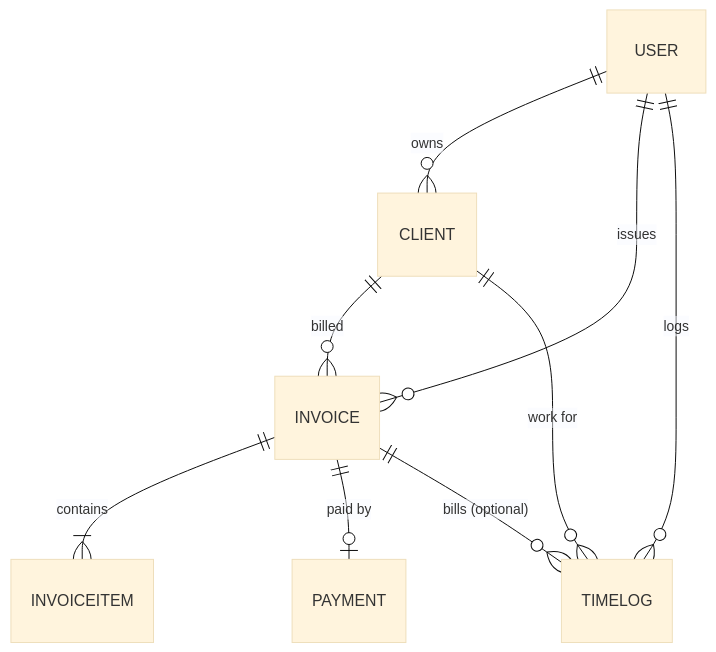
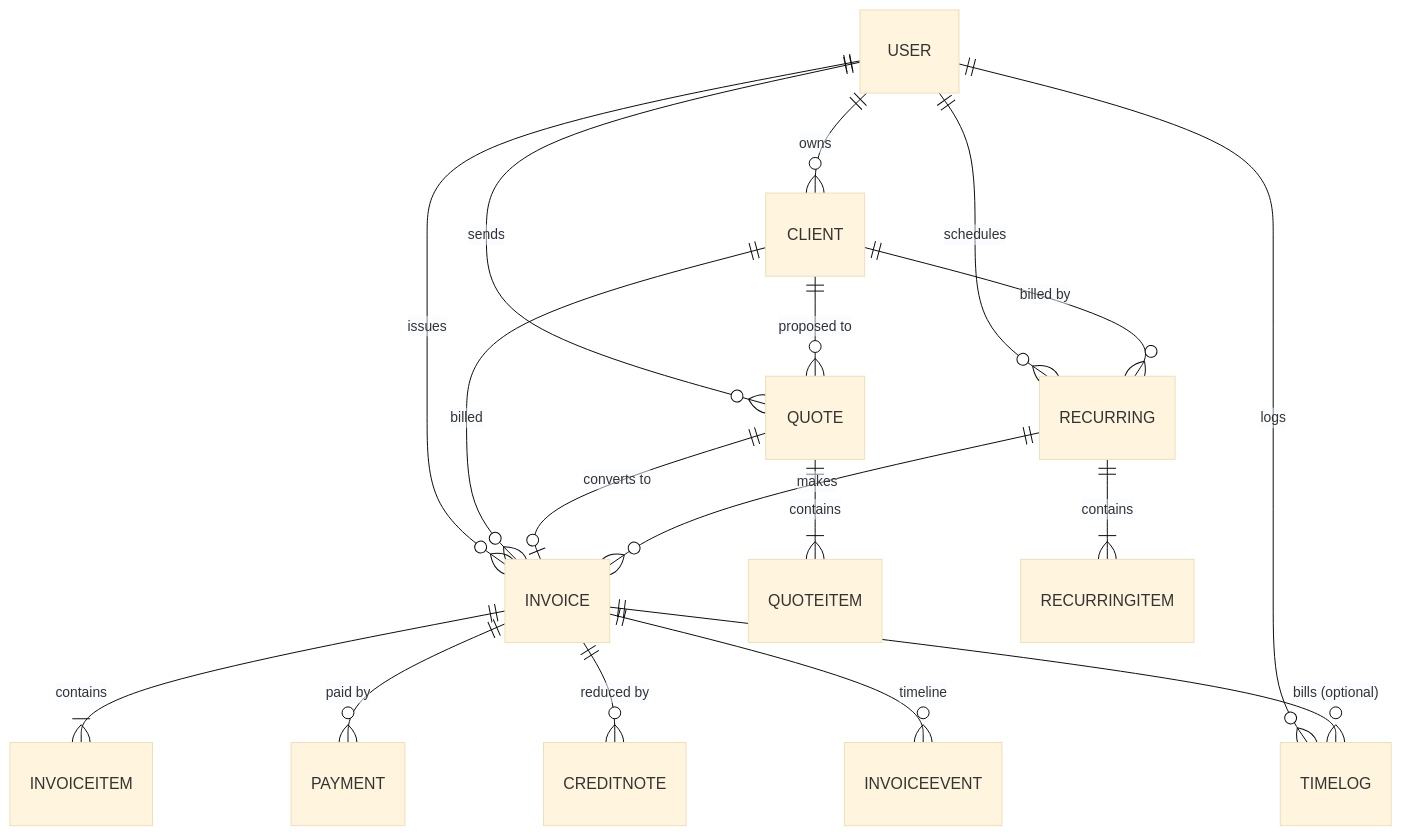
One commit to Ashfaq10/FreelanceFlow changed the second of 2 diagrams in README.md. Above: the diagram before and after it, drawn with Mermaid (base theme). The commit also changed other lines of this file, not shown here.

First line of the commit message:
docs: README lists every feature and what the user gets from it

````diff
--- a/README.md
+++ b/README.md
@@ -127,11 +221,20 @@
 ```mermaid
 erDiagram
   USER ||--o{ CLIENT : owns
   USER ||--o{ INVOICE : issues
+  USER ||--o{ QUOTE : sends
+  USER ||--o{ RECURRING : schedules
   USER ||--o{ TIMELOG : logs
   CLIENT ||--o{ INVOICE : billed
-  CLIENT ||--o{ TIMELOG : "work for"
+  CLIENT ||--o{ QUOTE : "proposed to"
+  CLIENT ||--o{ RECURRING : "billed by"
   INVOICE ||--|{ INVOICEITEM : contains
-  INVOICE ||--o| PAYMENT : "paid by"
+  INVOICE ||--o{ PAYMENT : "paid by"
+  INVOICE ||--o{ CREDITNOTE : "reduced by"
+  INVOICE ||--o{ INVOICEEVENT : "timeline"
   INVOICE ||--o{ TIMELOG : "bills (optional)"
+  QUOTE ||--|{ QUOTEITEM : contains
+  QUOTE ||--o| INVOICE : "converts to"
+  RECURRING ||--|{ RECURRINGITEM : contains
+  RECURRING ||--o{ INVOICE : "makes"
 ```
````
